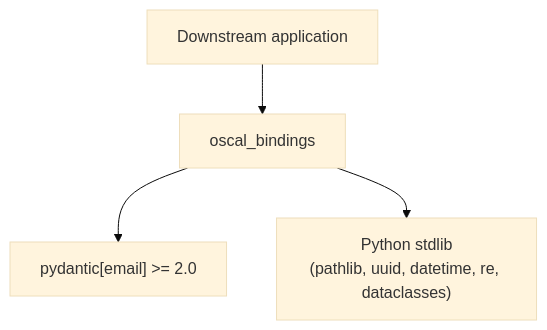
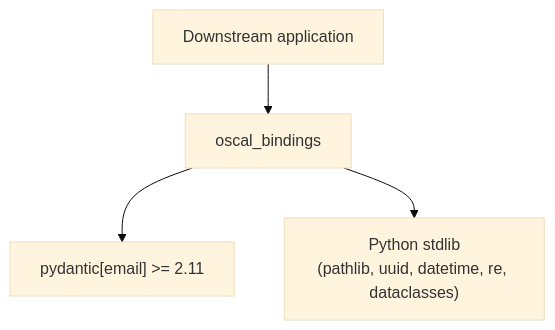
The diagram in .agents/summary/dependencies.md (cairn-proofs/oscal-bindings-python), drawn with Mermaid (base theme) before and after one commit. The commit also changed other lines of this file and 34 other files, not shown here.

````diff
--- a/.agents/summary/dependencies.md
+++ b/.agents/summary/dependencies.md
@@ -13,6 +13,6 @@
 ```mermaid
 graph TD
     APP["Downstream application"] --> OB["oscal_bindings"]
-    OB --> PYD["pydantic[email] >= 2.0"]
+    OB --> PYD["pydantic[email] >= 2.11"]
     OB --> STD["Python stdlib<br/>(pathlib, uuid, datetime, re, dataclasses)"]
 ```
````
